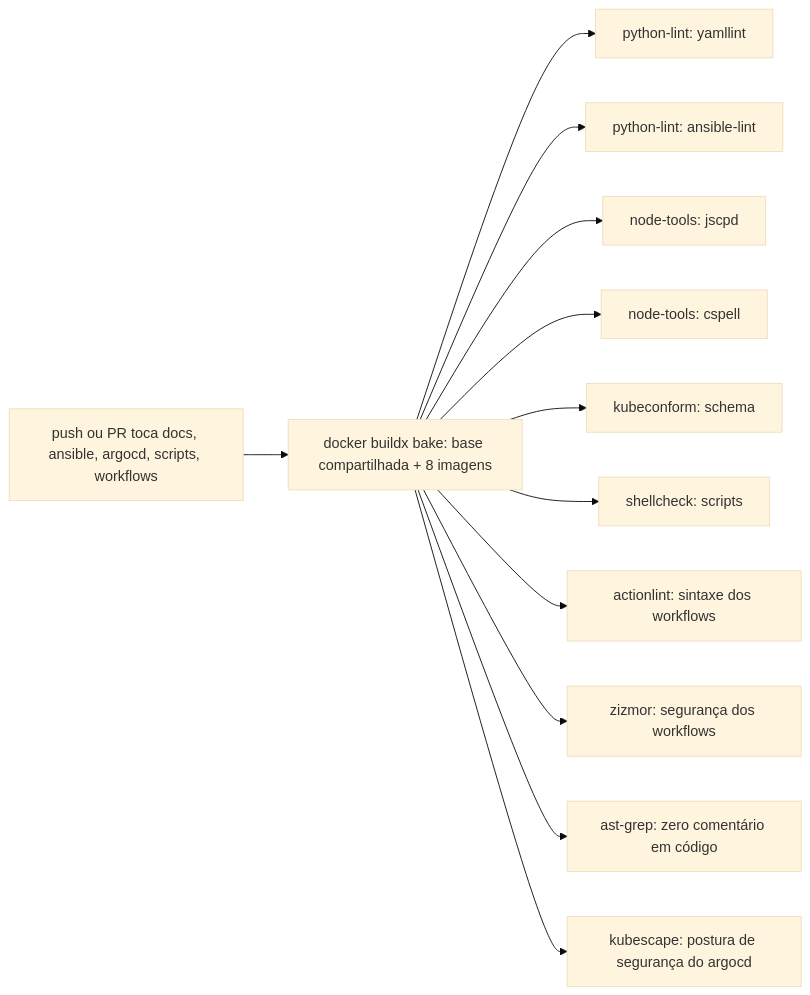
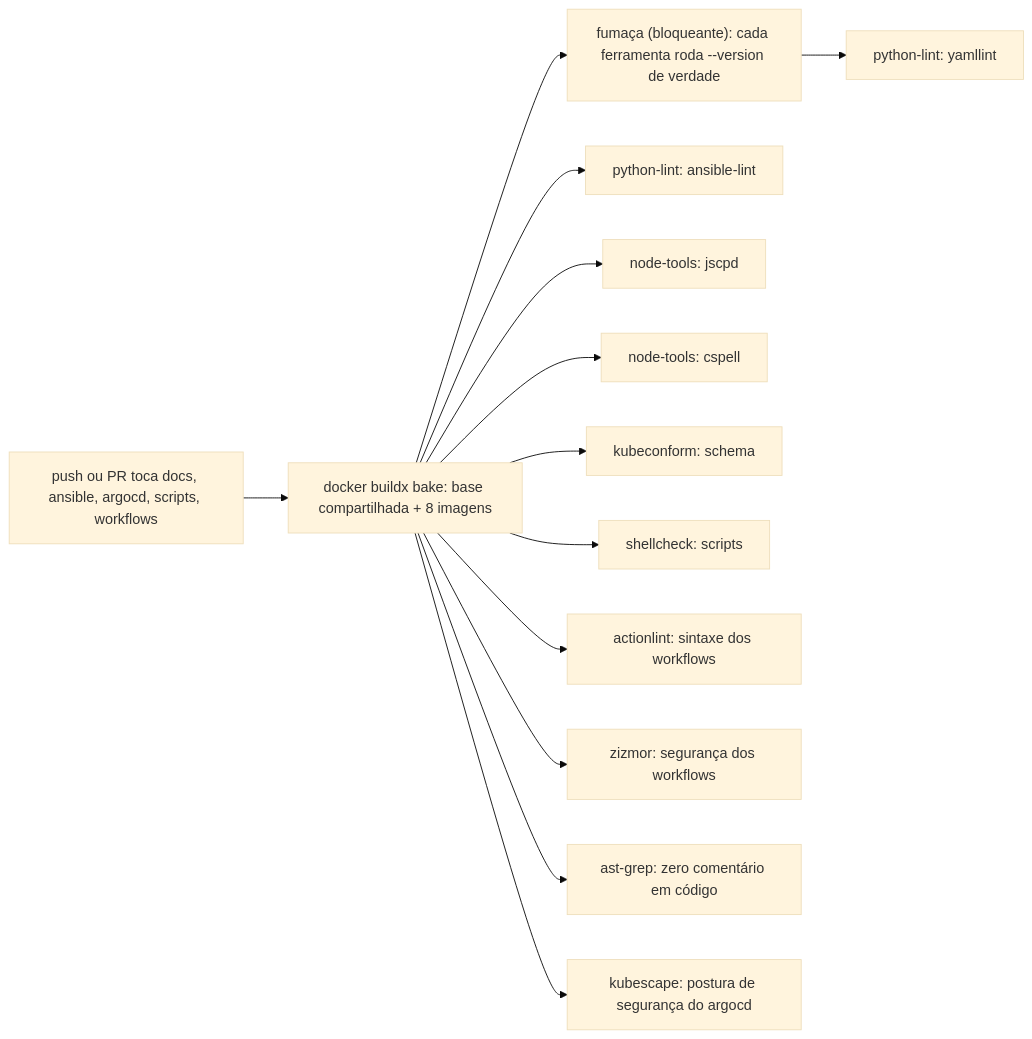
Before and after one commit to ladesa-ro/infrastructure: the seventh of 15 diagrams in docs/operacao/desenvolvimento.md, drawn with Mermaid (base theme). The commit also changed other lines of this file and 7 other files, not shown here.

Commit message:
feat(docs): add declared cluster topology diagram via KubeDiagrams

````diff
--- a/docs/operacao/desenvolvimento.md
+++ b/docs/operacao/desenvolvimento.md
@@ -239,14 +250,15 @@
 ```mermaid
 flowchart LR
     Push[push ou PR toca docs, ansible, argocd, scripts, workflows] --> Bake[docker buildx bake: base compartilhada + 8 imagens]
-    Bake --> YamlLint[python-lint: yamllint]
+    Bake --> Fumaca["fumaça (bloqueante): cada ferramenta roda --version de verdade"]
+    Fumaca --> YamlLint[python-lint: yamllint]
     Bake --> AnsibleLint[python-lint: ansible-lint]
     Bake --> Jscpd[node-tools: jscpd]
     Bake --> Cspell[node-tools: cspell]
     Bake --> Kubeconform[kubeconform: schema]
     Bake --> Shellcheck[shellcheck: scripts]
     Bake --> Actionlint[actionlint: sintaxe dos workflows]
     Bake --> Zizmor[zizmor: segurança dos workflows]
     Bake --> AstGrep[ast-grep: zero comentário em código]
     Bake --> Kubescape[kubescape: postura de segurança do argocd]
 ```
````
